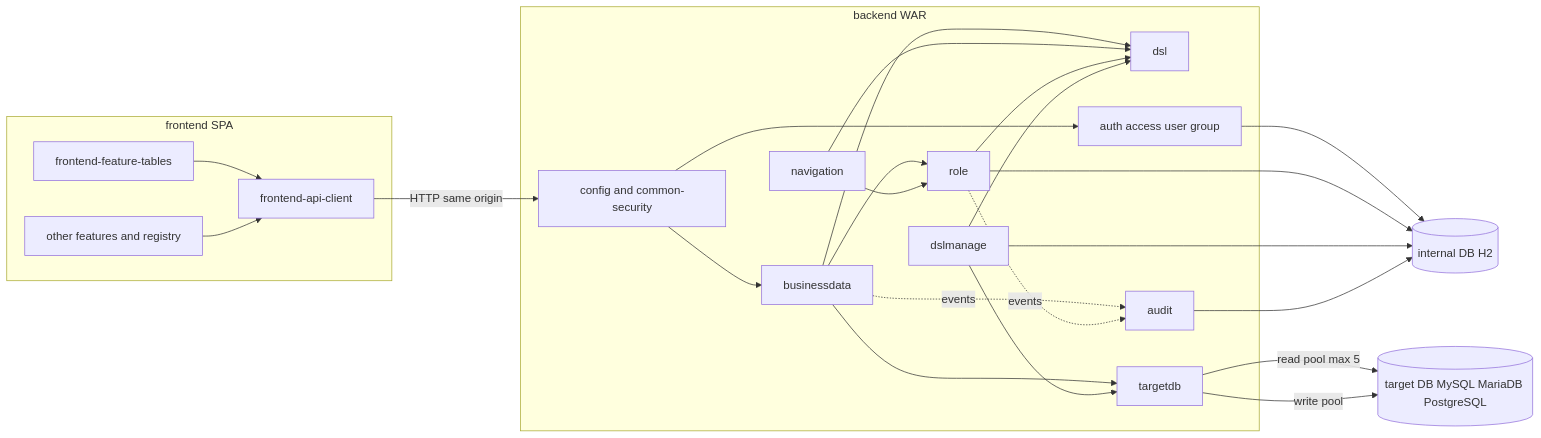
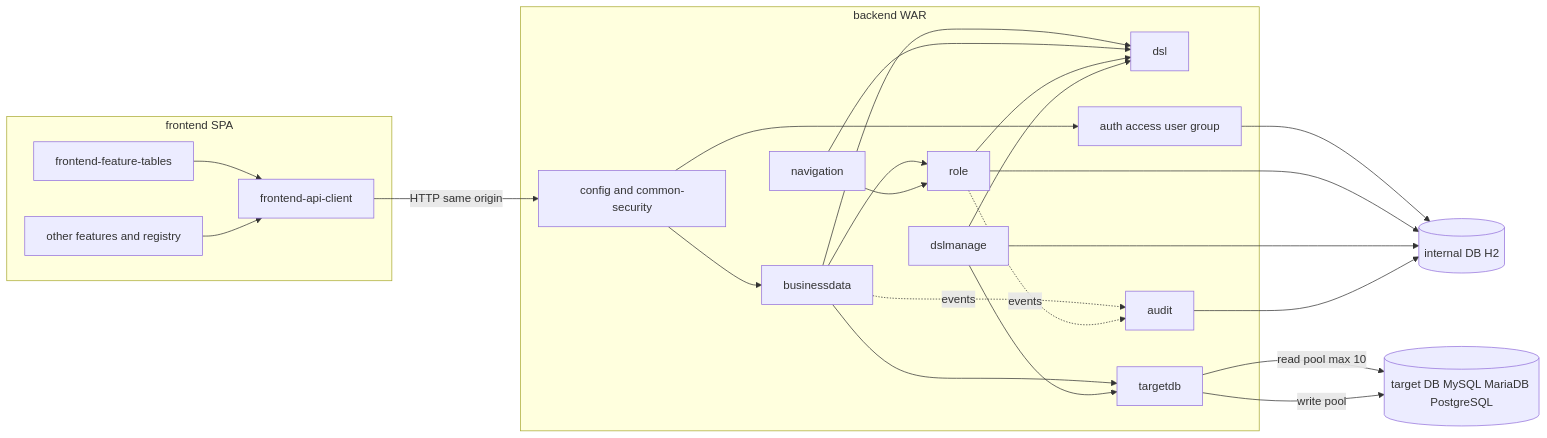
Before and after one commit to agwlvssainokuni/mastersmith2: the first of 2 diagrams in aidlc/spaces/default/codekb/mastersmith2/architecture.md, drawn with Mermaid. The commit also changed other lines of this file and 19 other files, not shown here.

````diff
--- a/aidlc/spaces/default/codekb/mastersmith2/architecture.md
+++ b/aidlc/spaces/default/codekb/mastersmith2/architecture.md
@@ -20,42 +20,42 @@
 ```mermaid
 flowchart LR
   subgraph FE["frontend SPA"]
     TBL["frontend-feature-tables"]
     OTH["other features and registry"]
     API["frontend-api-client"]
   end
   subgraph BE["backend WAR"]
     SEC["config and common-security"]
     BD["businessdata"]
     ROLE["role"]
     NAV["navigation"]
     DSL["dsl"]
     DSLM["dslmanage"]
     TDB["targetdb"]
     AUD["audit"]
     CORE["auth access user group"]
   end
   H2[("internal DB H2")]
   TARGET[("target DB MySQL MariaDB PostgreSQL")]
   TBL --> API
   OTH --> API
   API -->|HTTP same origin| SEC
   SEC --> BD
   SEC --> CORE
   BD --> ROLE
   BD --> DSL
   BD --> TDB
   NAV --> ROLE
   NAV --> DSL
   ROLE --> DSL
   DSLM --> DSL
   DSLM --> TDB
-  TDB -->|read pool max 5| TARGET
+  TDB -->|read pool max 10| TARGET
   TDB -->|write pool| TARGET
   CORE --> H2
   ROLE --> H2
   DSLM --> H2
   AUD --> H2
   BD -.->|events| AUD
   ROLE -.->|events| AUD
 ```
````
